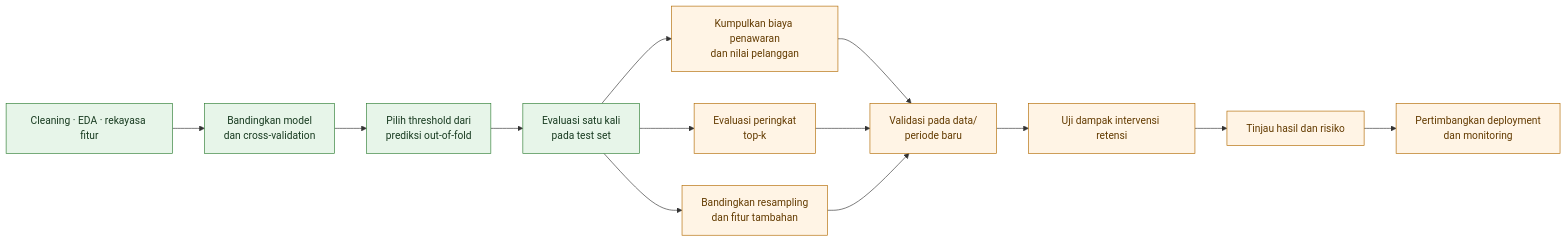
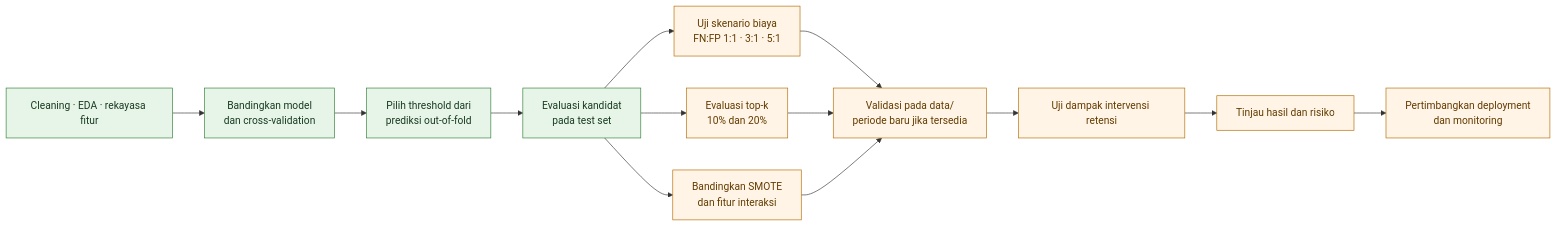
Before and after one commit to carlos1739/analisis_telco: the third of 3 diagrams in README.md, drawn with Mermaid. The commit also changed other lines of this file and 1 other file, not shown here.

````diff
--- a/README.md
+++ b/README.md
@@ -494,19 +492,19 @@
 ```mermaid
 flowchart LR
     A["Cleaning · EDA · rekayasa fitur"] --> B["Bandingkan model<br/>dan cross-validation"]
     B --> C["Pilih threshold dari<br/>prediksi out-of-fold"]
-    C --> D["Evaluasi satu kali<br/>pada test set"]
-    D --> E["Kumpulkan biaya penawaran<br/>dan nilai pelanggan"]
-    D --> F["Evaluasi peringkat<br/>top-k"]
-    D --> G["Bandingkan resampling<br/>dan fitur tambahan"]
-    E --> H["Validasi pada data/<br/>periode baru"]
+    C --> D["Evaluasi kandidat<br/>pada test set"]
+    D --> E["Uji skenario biaya<br/>FN:FP 1:1 · 3:1 · 5:1"]
+    D --> F["Evaluasi top-k<br/>10% dan 20%"]
+    D --> G["Bandingkan SMOTE<br/>dan fitur interaksi"]
+    E --> H["Validasi pada data/<br/>periode baru jika tersedia"]
     F --> H
     G --> H
     H --> I["Uji dampak intervensi retensi"]
     I --> J["Tinjau hasil dan risiko"]
     J --> K["Pertimbangkan deployment<br/>dan monitoring"]
     classDef done fill:#e7f5e9,stroke:#2e7d32,color:#183b20
     classDef next fill:#fff4e5,stroke:#b26a00,color:#633b00
     class A,B,C,D done
     class E,F,G,H,I,J,K next
 ```
````
